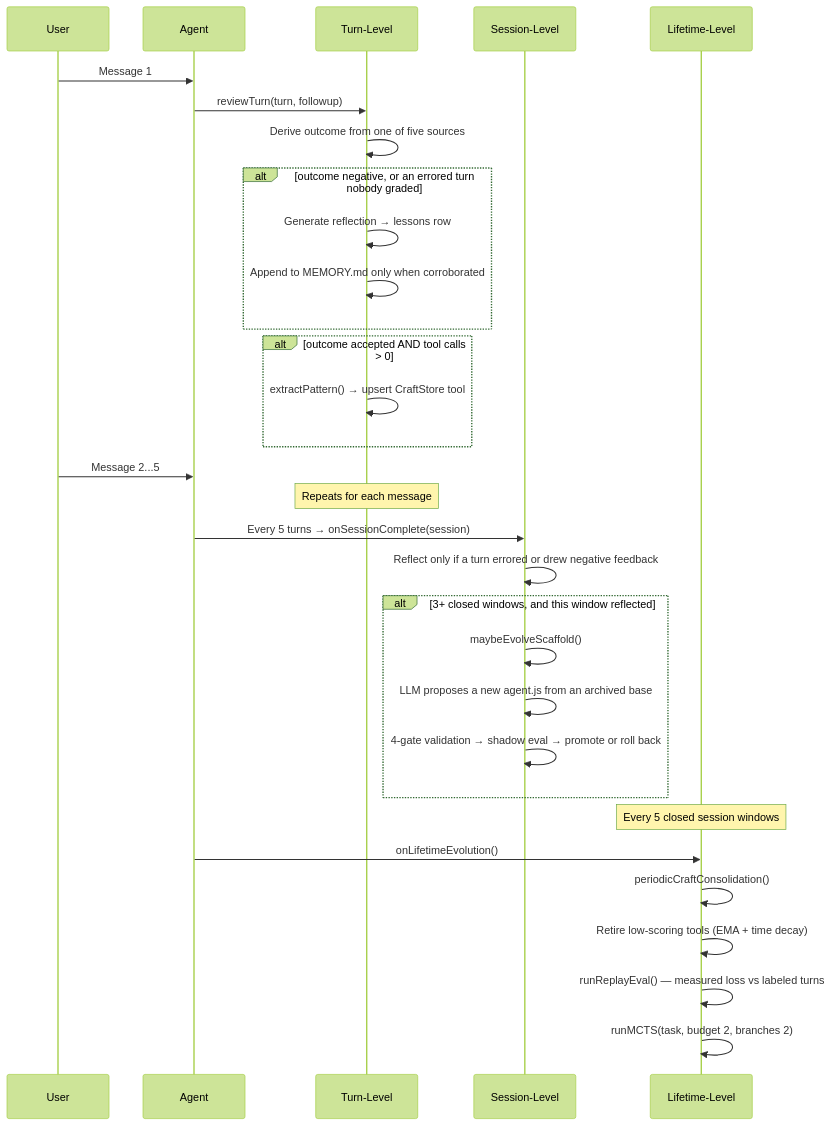
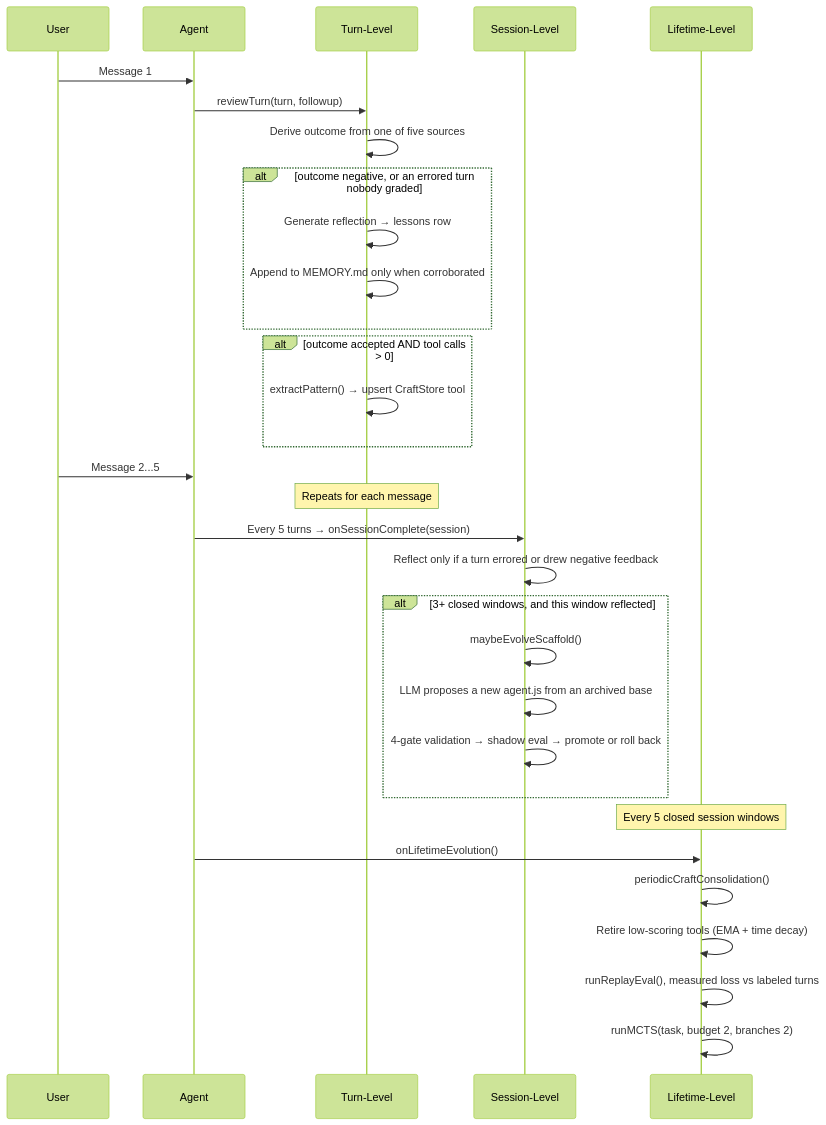
One commit to AshishKumar4/kinu changed the first of 2 diagrams in docs/EVOLUTION.md. Above: the diagram before and after it, drawn with Mermaid (forest theme). The commit also changed other lines of this file and 49 other files, not shown here.

````diff
--- a/docs/EVOLUTION.md
+++ b/docs/EVOLUTION.md
@@ -87,37 +86,37 @@
 ```mermaid
 sequenceDiagram
     participant User
     participant Agent
     participant Turn as Turn-Level
     participant Session as Session-Level
     participant Lifetime as Lifetime-Level
 
     User->>Agent: Message 1
     Agent->>Turn: reviewTurn(turn, followup)
     Turn->>Turn: Derive outcome from one of five sources
     alt outcome negative, or an errored turn nobody graded
         Turn->>Turn: Generate reflection → lessons row
         Turn->>Turn: Append to MEMORY.md only when corroborated
     end
     alt outcome accepted AND tool calls > 0
         Turn->>Turn: extractPattern() → upsert CraftStore tool
     end
 
     User->>Agent: Message 2...5
     Note over Turn: Repeats for each message
 
     Agent->>Session: Every 5 turns → onSessionComplete(session)
     Session->>Session: Reflect only if a turn errored or drew negative feedback
     alt 3+ closed windows, and this window reflected
         Session->>Session: maybeEvolveScaffold()
         Session->>Session: LLM proposes a new agent.js from an archived base
         Session->>Session: 4-gate validation → shadow eval → promote or roll back
     end
 
     Note over Lifetime: Every 5 closed session windows
     Agent->>Lifetime: onLifetimeEvolution()
     Lifetime->>Lifetime: periodicCraftConsolidation()
     Lifetime->>Lifetime: Retire low-scoring tools (EMA + time decay)
-    Lifetime->>Lifetime: runReplayEval() — measured loss vs labeled turns
+    Lifetime->>Lifetime: runReplayEval(), measured loss vs labeled turns
     Lifetime->>Lifetime: runMCTS(task, budget 2, branches 2)
 ```
````
